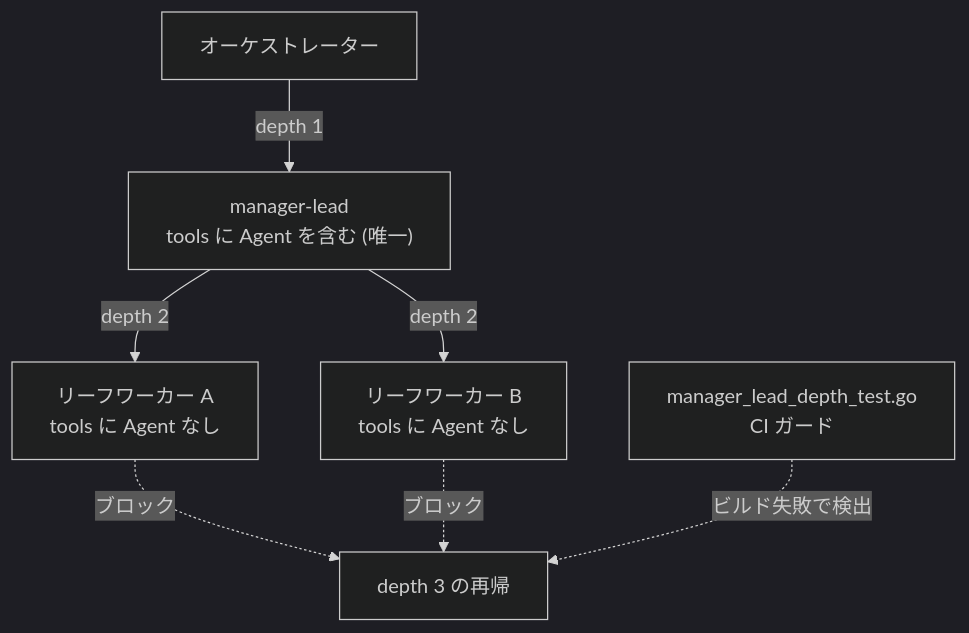
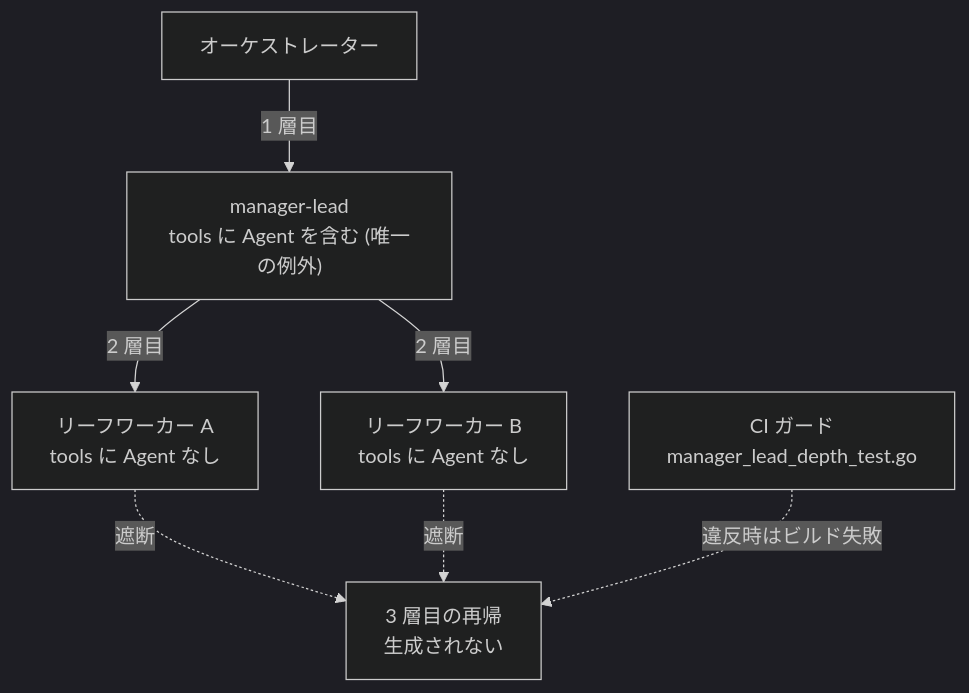
One commit to modu-ai/moai-adk changed the fourth of 4 diagrams in docs-site/content/ja/advanced/agent-guide.md. Above: the diagram before and after it, drawn with Mermaid (dark theme). The commit also changed other lines of this file and 2 other files, not shown here.

First line of the commit message:
docs(SPEC-DOCS-HEADING-PARITY-001): M4 agent-guide fold 30→22 to ko structure (card t1328)

````diff
--- a/docs-site/content/ja/advanced/agent-guide.md
+++ b/docs-site/content/ja/advanced/agent-guide.md
@@ -171,9 +196,9 @@
 ```mermaid
 flowchart TD
-    ORCH["オーケストレーター"] -->|"depth 1"| LEAD["manager-lead<br>tools に Agent を含む (唯一)"]
-    LEAD -->|"depth 2"| W1["リーフワーカー A<br>tools に Agent なし"]
-    LEAD -->|"depth 2"| W2["リーフワーカー B<br>tools に Agent なし"]
-    W1 -.->|"ブロック"| X["depth 3 の再帰"]
-    W2 -.->|"ブロック"| X
-    GUARD["manager_lead_depth_test.go<br>CI ガード"] -.->|"ビルド失敗で検出"| X
+    ORCH["オーケストレーター"] -->|"1 層目"| LEAD["manager-lead<br>tools に Agent を含む (唯一の例外)"]
+    LEAD -->|"2 層目"| W1["リーフワーカー A<br>tools に Agent なし"]
+    LEAD -->|"2 層目"| W2["リーフワーカー B<br>tools に Agent なし"]
+    W1 -.->|"遮断"| X["3 層目の再帰<br>生成されない"]
+    W2 -.->|"遮断"| X
+    GUARD["CI ガード<br>manager_lead_depth_test.go"] -.->|"違反時はビルド失敗"| X
 ```
````
